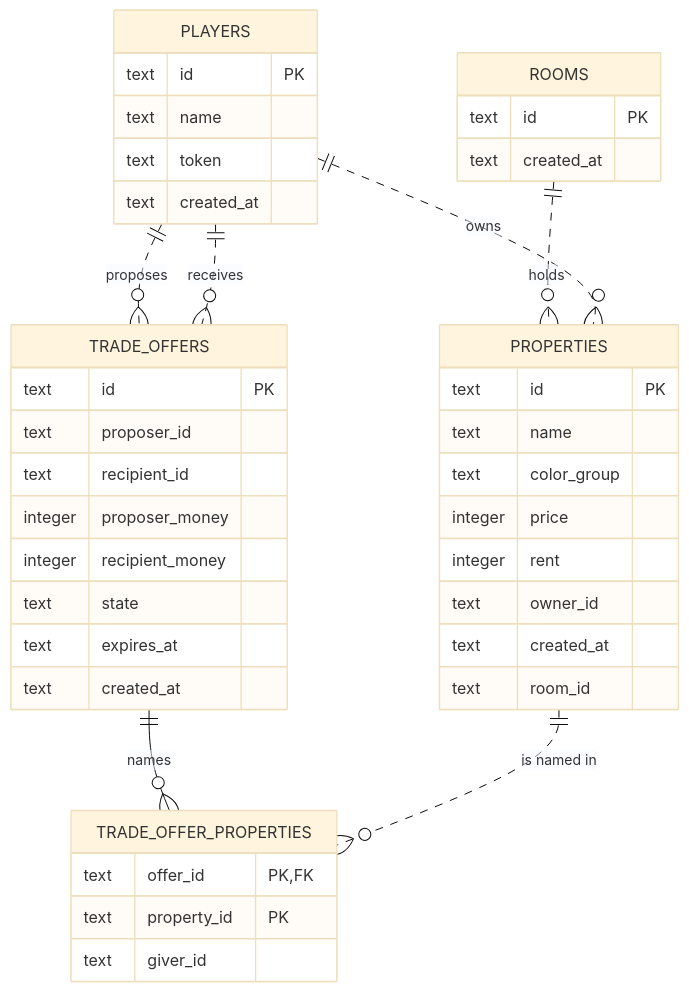
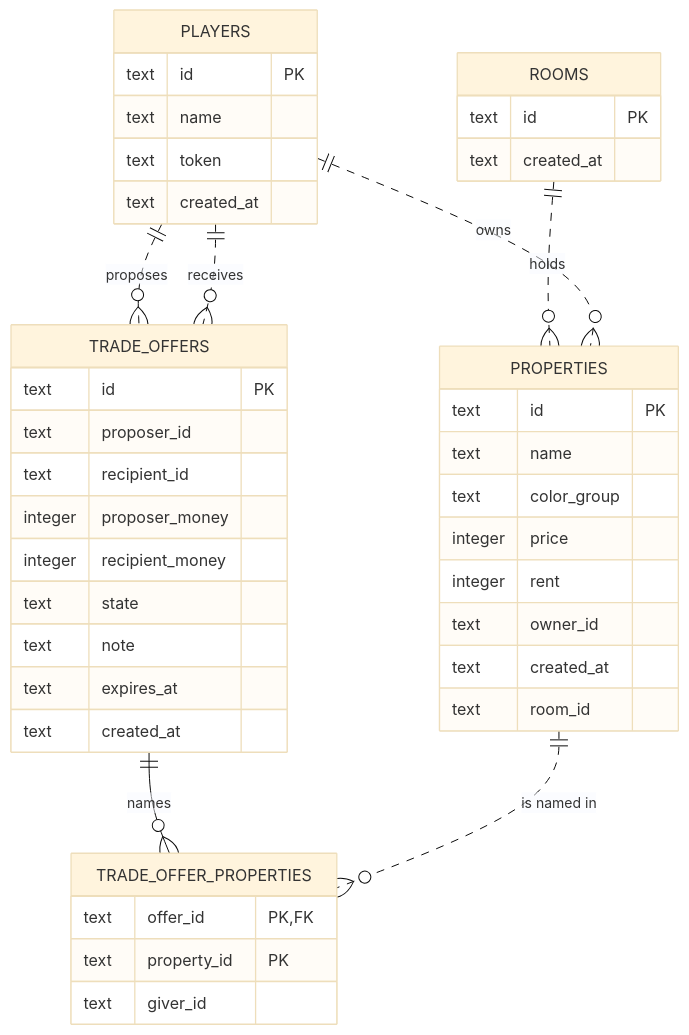
One commit to Kaavaal/monopoly-online changed the diagram in docs/features/trade-offers/data-model.md. Above: the diagram before and after it, drawn with Mermaid (base theme). The commit also changed other lines of this file, not shown here.

Commit message:
docs(trade-offers): proposer note on a trade offer in data-model

````diff
--- a/docs/features/trade-offers/data-model.md
+++ b/docs/features/trade-offers/data-model.md
@@ -37,45 +37,46 @@
 ```mermaid
 erDiagram
     ROOMS ||..o{ PROPERTIES : "holds"
     PLAYERS ||..o{ PROPERTIES : "owns"
     PLAYERS ||..o{ TRADE_OFFERS : "proposes"
     PLAYERS ||..o{ TRADE_OFFERS : "receives"
     TRADE_OFFERS ||--o{ TRADE_OFFER_PROPERTIES : "names"
     PROPERTIES ||..o{ TRADE_OFFER_PROPERTIES : "is named in"
 
     ROOMS {
         text id PK
         text created_at
     }
     PLAYERS {
         text id PK
         text name
         text token
         text created_at
     }
     PROPERTIES {
         text id PK
         text name
         text color_group
         integer price
         integer rent
         text owner_id
         text created_at
         text room_id
     }
     TRADE_OFFERS {
         text id PK
         text proposer_id
         text recipient_id
         integer proposer_money
         integer recipient_money
         text state
+        text note
         text expires_at
         text created_at
     }
     TRADE_OFFER_PROPERTIES {
         text offer_id PK, FK
         text property_id PK
         text giver_id
     }
 ```
````
